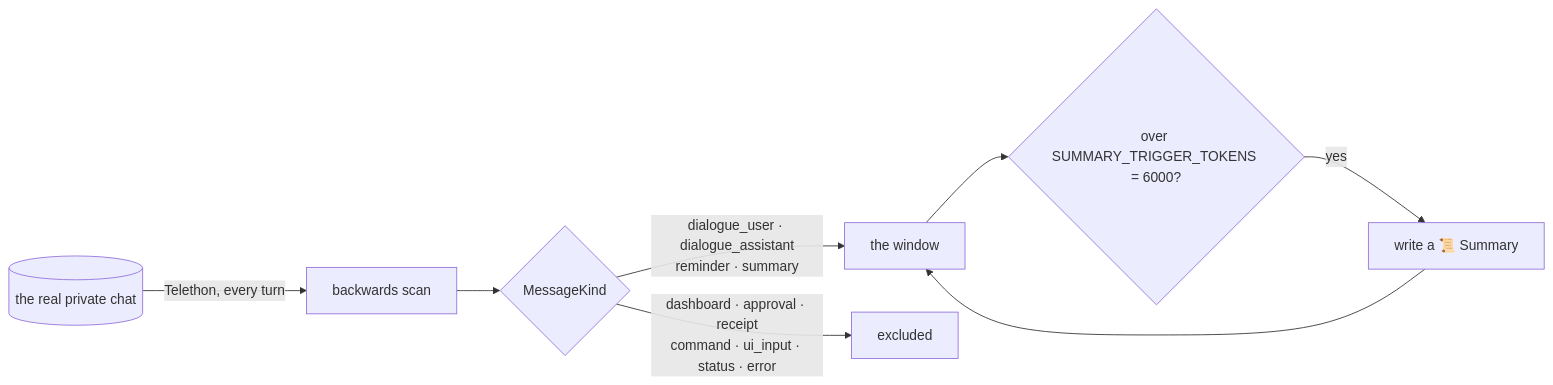
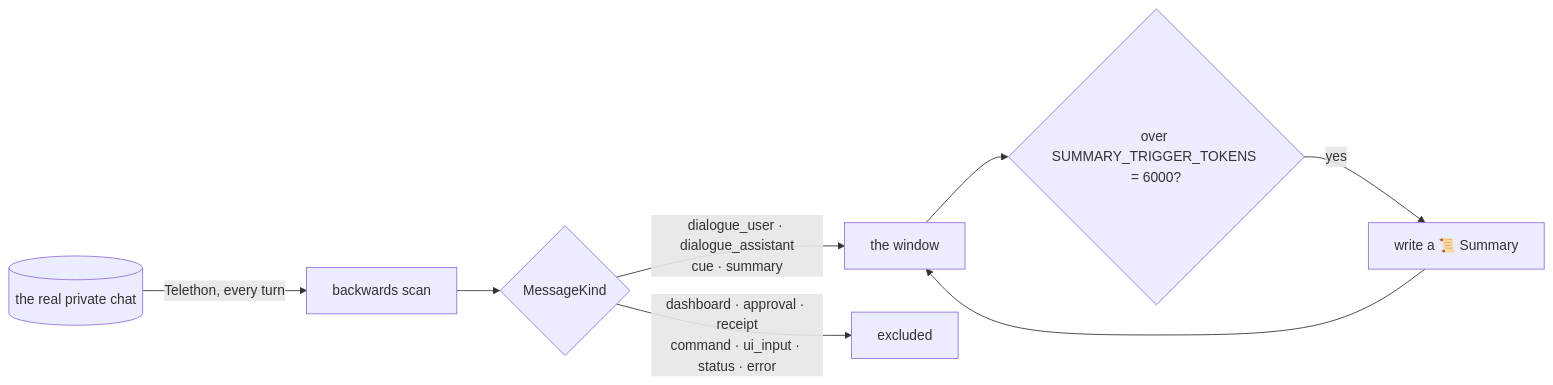
Before and after one commit to myvaheed/tg-ai-safwa: the eighth of 10 diagrams in docs/AGENT_ARCH.md, drawn with Mermaid. The commit also changed other lines of this file and 27 other files, not shown here.

````diff
--- a/docs/AGENT_ARCH.md
+++ b/docs/AGENT_ARCH.md
@@ -259,10 +296,10 @@
 ```mermaid
 flowchart LR
     CHAT[(the real private chat)] -->|Telethon, every turn| SCAN[backwards scan]
     SCAN --> KIND{MessageKind}
-    KIND -->|dialogue_user · dialogue_assistant<br/>reminder · summary| WINDOW[the window]
+    KIND -->|dialogue_user · dialogue_assistant<br/>cue · summary| WINDOW[the window]
     KIND -->|dashboard · approval · receipt<br/>command · ui_input · status · error| DROP[excluded]
     WINDOW --> BUDGET{over SUMMARY_TRIGGER_TOKENS = 6000?}
     BUDGET -->|yes| SUM[write a 📜 Summary]
     SUM --> WINDOW
 ```
````
